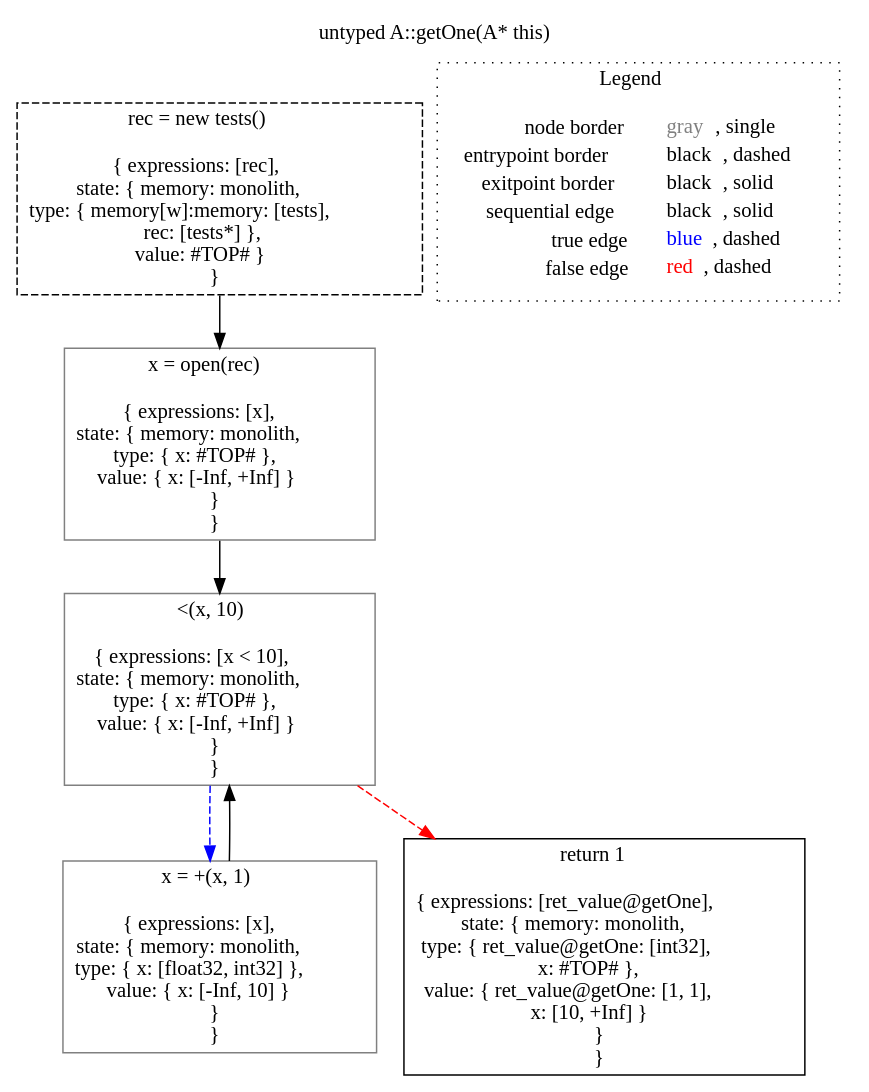
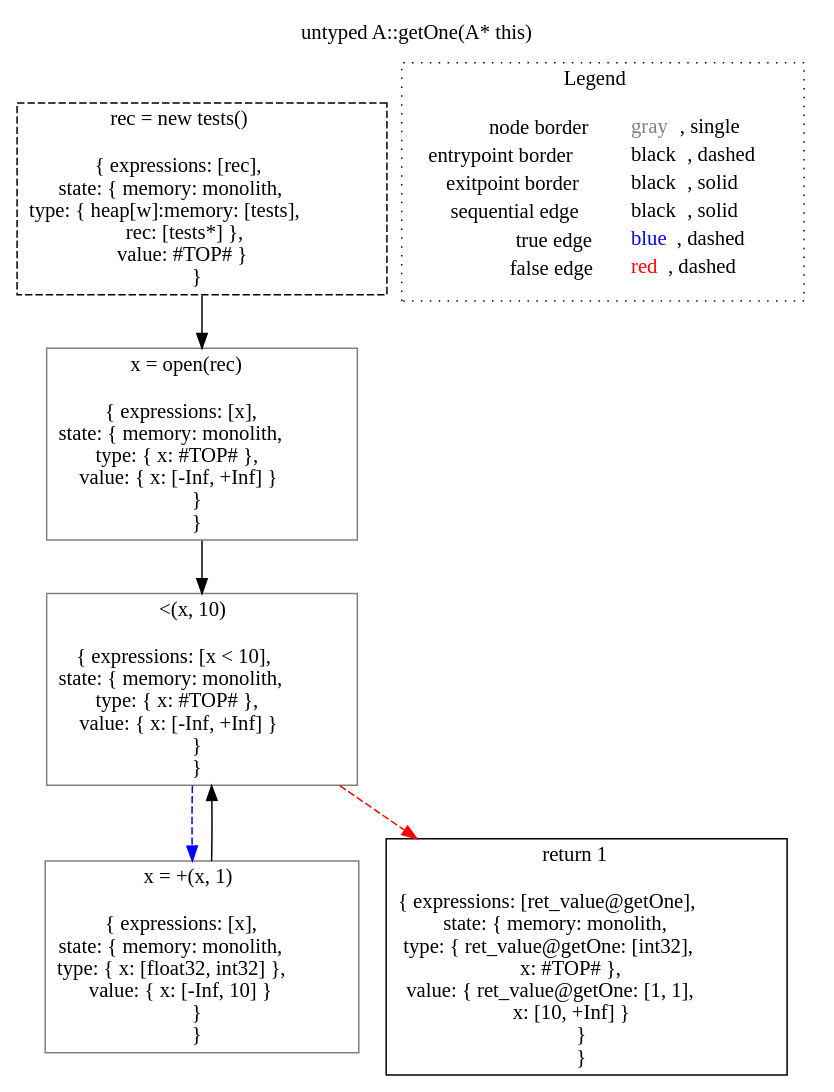
Before and after one commit to lisa-analyzer/lisa: the diagram in lisa/lisa-analyses/imp-testcases/visualization/dot/untyped_A.getOne(A__this)_-1778621183.dot, drawn with Graphviz. The commit also changed 179 other files, not shown here.

First line of the commit message:
Update MemoryLocation toString adding isHeap #127

```diff
--- a/lisa/lisa-analyses/imp-testcases/visualization/dot/untyped_A.getOne(A__this)_-1778621183.dot
+++ b/lisa/lisa-analyses/imp-testcases/visualization/dot/untyped_A.getOne(A__this)_-1778621183.dot
@@ -1,19 +1,19 @@
 digraph "untyped A::getOne(A* this)" {
 edge ["dir"="forward"]
 graph ["label"="untyped A::getOne(A* this)","labelloc"="t"]
-"node0" ["label"=<rec = new tests()<br/><br/>{ expressions: [rec],<br/>state: { memory: monolith,<br/>type: { memory[w]:memory: [tests],<br/>rec: [tests*] },<br/>value: #TOP# }<br/> }<br/>>,"shape"="rect","id"="node0","color"="black","style"="dashed"]
+"node0" ["label"=<rec = new tests()<br/><br/>{ expressions: [rec],<br/>state: { memory: monolith,<br/>type: { heap[w]:memory: [tests],<br/>rec: [tests*] },<br/>value: #TOP# }<br/> }<br/>>,"shape"="rect","id"="node0","color"="black","style"="dashed"]
 "node3" ["label"=<x = open(rec)<br/><br/>{ expressions: [x],<br/>state: { memory: monolith,<br/>type: { x: #TOP# },<br/>value: { x: [-Inf, +Inf] }<br/> }<br/> }<br/>>,"shape"="rect","id"="node3","color"="gray"]
 "node7" ["label"=<&lt;(x, 10)<br/><br/>{ expressions: [x &lt; 10],<br/>state: { memory: monolith,<br/>type: { x: #TOP# },<br/>value: { x: [-Inf, +Inf] }<br/> }<br/> }<br/>>,"shape"="rect","id"="node7","color"="gray"]
 "node10" ["label"=<x = +(x, 1)<br/><br/>{ expressions: [x],<br/>state: { memory: monolith,<br/>type: { x: [float32, int32] },<br/>value: { x: [-Inf, 10] }<br/> }<br/> }<br/>>,"shape"="rect","id"="node10","color"="gray"]
 "node15" ["label"=<return 1<br/><br/>{ expressions: [ret_value@getOne],<br/>state: { memory: monolith,<br/>type: { ret_value@getOne: [int32],<br/>x: #TOP# },<br/>value: { ret_value@getOne: [1, 1],<br/>x: [10, +Inf] }<br/> }<br/> }<br/>>,"shape"="rect","id"="node15","color"="black"]
 subgraph "cluster_legend" {
 edge ["dir"="none"]
 graph ["label"=<Legend>,"style"="dotted"]
 "legend" ["label"=<<table border="0" cellpadding="2" cellspacing="0" cellborder="0"><tr><td align="right">node border&nbsp;</td><td align="left"><font color="gray">gray</font>, single</td></tr><tr><td align="right">entrypoint border&nbsp;</td><td align="left"><font color="black">black</font>, dashed</td></tr><tr><td align="right">exitpoint border&nbsp;</td><td align="left"><font color="black">black</font>, solid</td></tr><tr><td align="right">sequential edge&nbsp;</td><td align="left"><font color="black">black</font>, solid</td></tr><tr><td align="right">true edge&nbsp;</td><td align="left"><font color="blue">blue</font>, dashed</td></tr><tr><td align="right">false edge&nbsp;</td><td align="left"><font color="red">red</font>, dashed</td></tr></table>>,"shape"="none"]
 }
 "node0" -> "node3" ["color"="black"]
 "node3" -> "node7" ["color"="black"]
 "node7" -> "node15" ["style"="dashed","color"="red"]
 "node7" -> "node10" ["style"="dashed","color"="blue"]
 "node10" -> "node7" ["color"="black"]
 }
```
